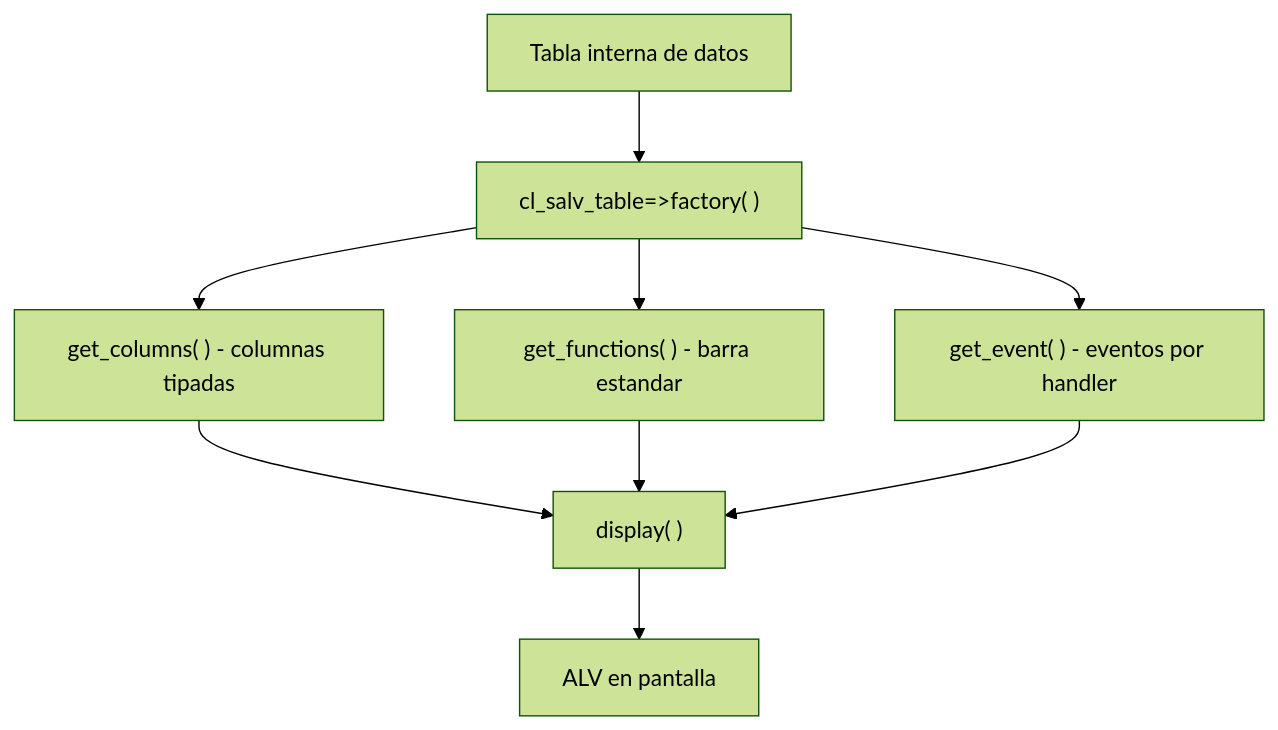
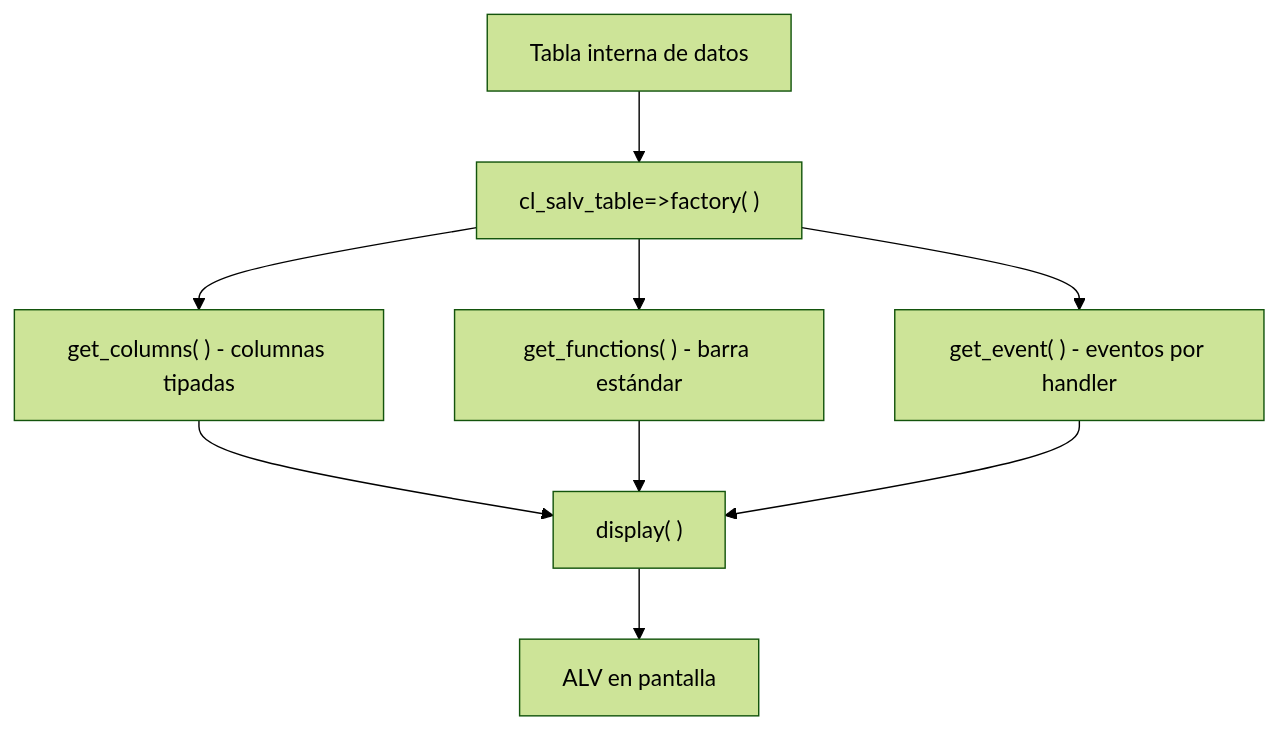
Before and after one commit to logalitech/blog-content: the diagram in es/alv-salv-vs-reuse-alv.mdx, drawn with Mermaid (forest theme). The commit also changed other lines of this file and 49 other files, not shown here.

````diff
--- a/es/alv-salv-vs-reuse-alv.mdx
+++ b/es/alv-salv-vs-reuse-alv.mdx
@@ -72,11 +72,11 @@
 ```mermaid
 flowchart TB
   A["Tabla interna de datos"] --> B["cl_salv_table=>factory( )"]
   B --> C["get_columns( ) - columnas tipadas"]
-  B --> D["get_functions( ) - barra estandar"]
+  B --> D["get_functions( ) - barra estándar"]
   B --> E["get_event( ) - eventos por handler"]
   C --> F["display( )"]
   D --> F
   E --> F
   F --> G["ALV en pantalla"]
 ```
````
